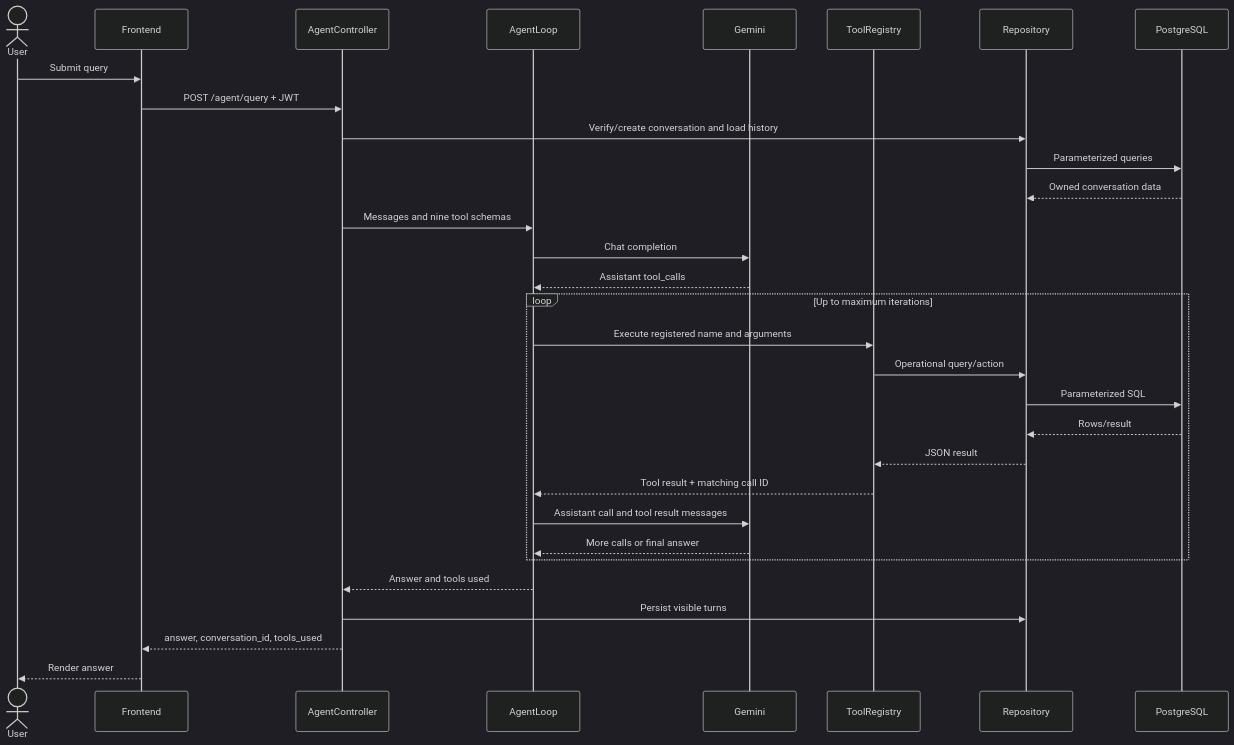
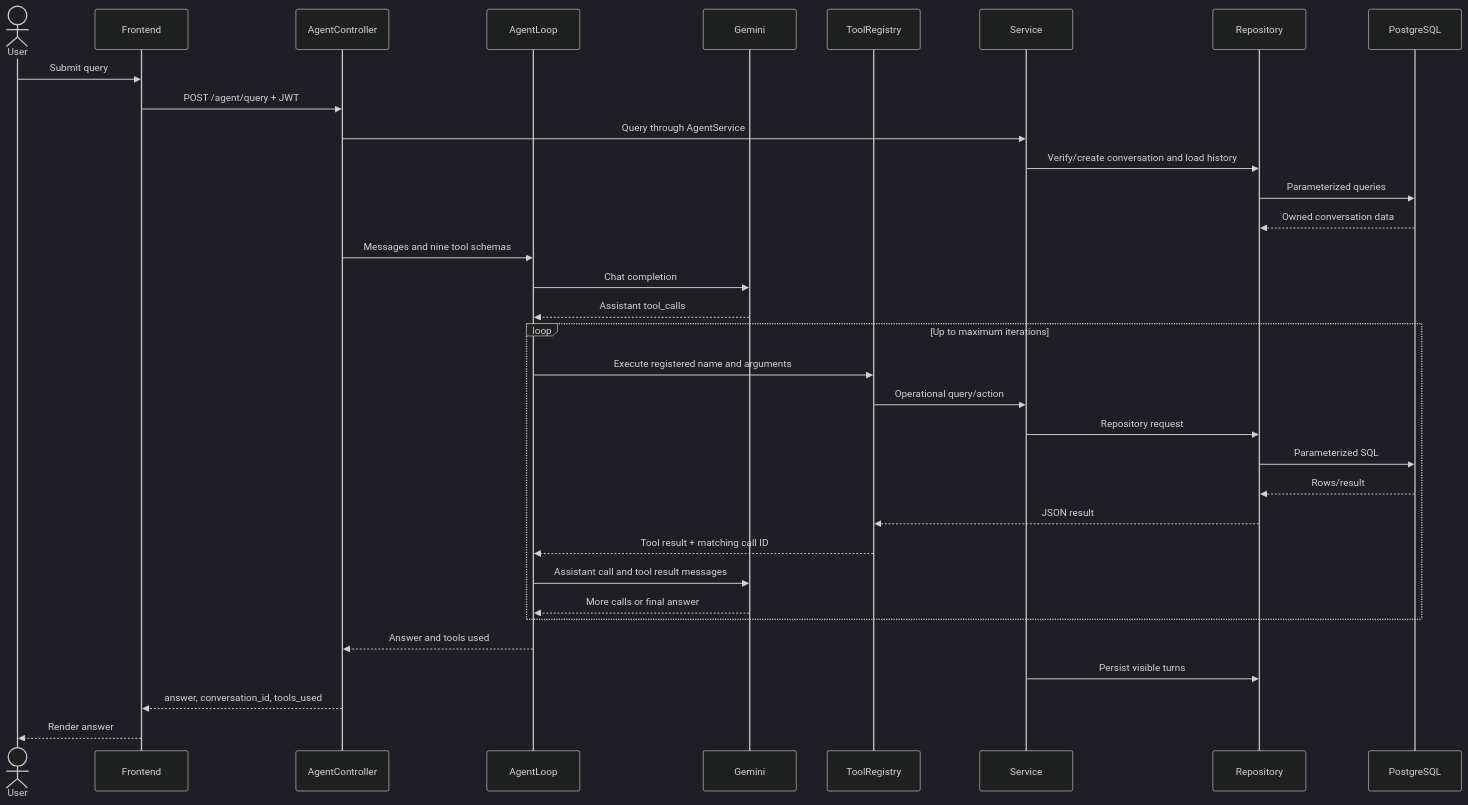
Before and after one commit to ellenhabash2/airport-operations-ai-agent-C: the diagram in docs/ARCHITECTURE.md, drawn with Mermaid (dark theme). The commit also changed other lines of this file, not shown here.

Commit message:
docs(architecture): document domain service boundaries

````diff
--- a/docs/ARCHITECTURE.md
+++ b/docs/ARCHITECTURE.md
@@ -72,34 +87,37 @@
 ```mermaid
 sequenceDiagram
     actor User
     participant Frontend
     participant AgentController
     participant AgentLoop
     participant Gemini
     participant ToolRegistry
+    participant Service
     participant Repository
     participant PostgreSQL
 
     User->>Frontend: Submit query
     Frontend->>AgentController: POST /agent/query + JWT
-    AgentController->>Repository: Verify/create conversation and load history
+    AgentController->>Service: Query through AgentService
+    Service->>Repository: Verify/create conversation and load history
     Repository->>PostgreSQL: Parameterized queries
     PostgreSQL-->>Repository: Owned conversation data
     AgentController->>AgentLoop: Messages and nine tool schemas
     AgentLoop->>Gemini: Chat completion
     Gemini-->>AgentLoop: Assistant tool_calls
     loop Up to maximum iterations
         AgentLoop->>ToolRegistry: Execute registered name and arguments
-        ToolRegistry->>Repository: Operational query/action
+        ToolRegistry->>Service: Operational query/action
+        Service->>Repository: Repository request
         Repository->>PostgreSQL: Parameterized SQL
         PostgreSQL-->>Repository: Rows/result
         Repository-->>ToolRegistry: JSON result
         ToolRegistry-->>AgentLoop: Tool result + matching call ID
         AgentLoop->>Gemini: Assistant call and tool result messages
         Gemini-->>AgentLoop: More calls or final answer
     end
     AgentLoop-->>AgentController: Answer and tools used
-    AgentController->>Repository: Persist visible turns
+    Service->>Repository: Persist visible turns
     AgentController-->>Frontend: answer, conversation_id, tools_used
     Frontend-->>User: Render answer
 ```
````
